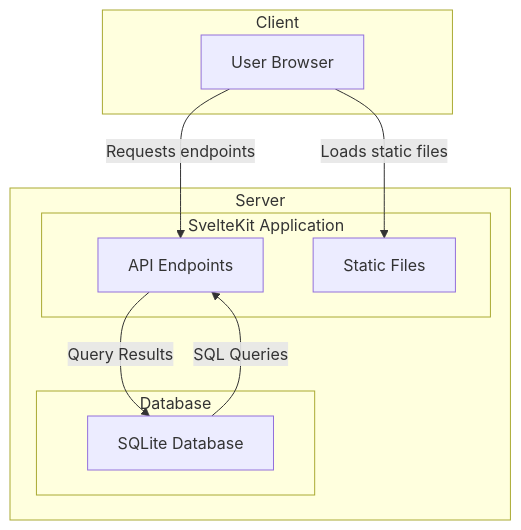
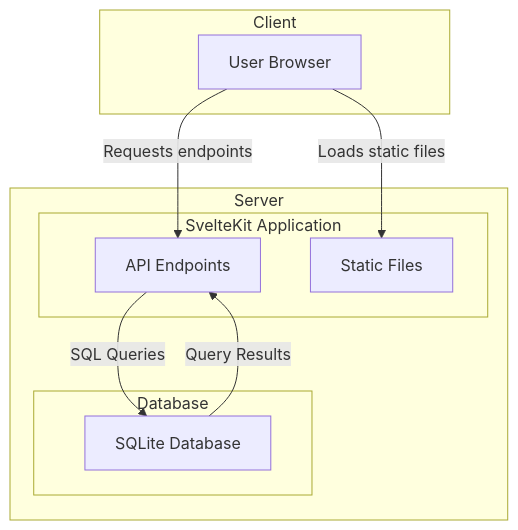
The diagram in docs/architecture.md (BiteHabits/web), drawn with Mermaid before and after one commit.

Commit message:
NO-ISSUE: Fix arrow order

````diff
--- a/docs/architecture.md
+++ b/docs/architecture.md
@@ -9,22 +9,22 @@
 ```mermaid
 graph TD
     subgraph Client
       A[User Browser]
     end
 
     subgraph Server
         subgraph SvelteKit_App["SvelteKit Application"]
           B[API Endpoints]
           C[Static Files]
         end
 
         subgraph Database
           D[SQLite Database]
         end
     end
 
     A -->|Loads static files| C
     A -->|Requests endpoints| B
-    D -->|SQL Queries| B
-    B -->|Query Results| D
+    B -->|SQL Queries| D
+    D -->|Query Results| B
 ```
````
